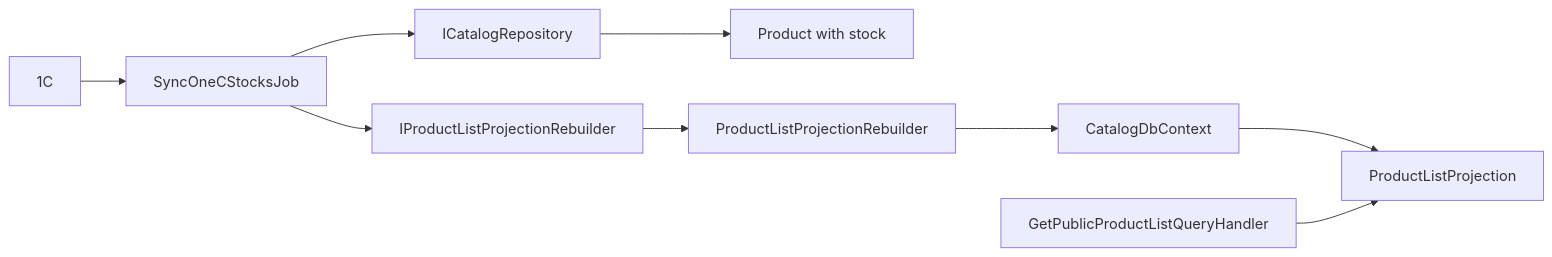
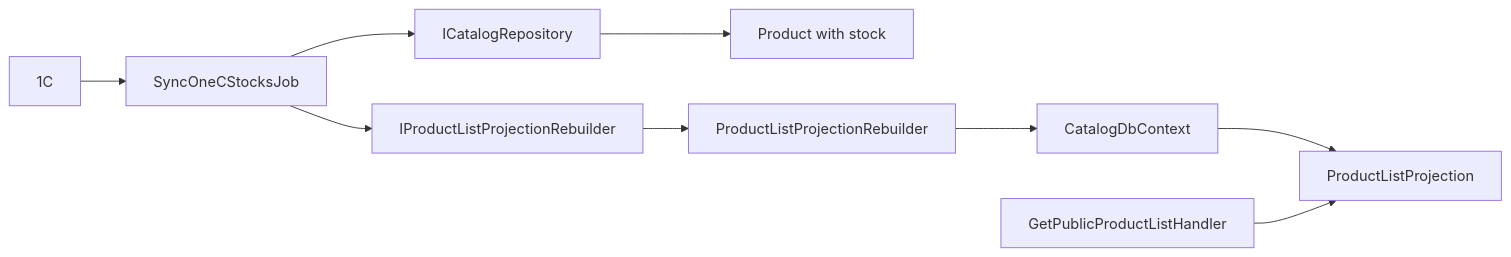
Before and after one commit to Weretik/KedrStore: the diagram in docs/sdd/features/catalog/stock-projection.md, drawn with Mermaid. The commit also changed other lines of this file and 963 other files, not shown here.

````diff
--- a/docs/sdd/features/catalog/stock-projection.md
+++ b/docs/sdd/features/catalog/stock-projection.md
@@ -29,11 +29,11 @@
 ```mermaid
 flowchart LR
     A["1C"] --> B["SyncOneCStocksJob"]
     B --> C["ICatalogRepository<Product>"]
     C --> D["Product with stock"]
     B --> E["IProductListProjectionRebuilder"]
     E --> F["ProductListProjectionRebuilder"]
     F --> G["CatalogDbContext"]
     G --> H["ProductListProjection"]
-    I["GetPublicProductListQueryHandler"] --> H
+    I["GetPublicProductListHandler"] --> H
 ```
````
